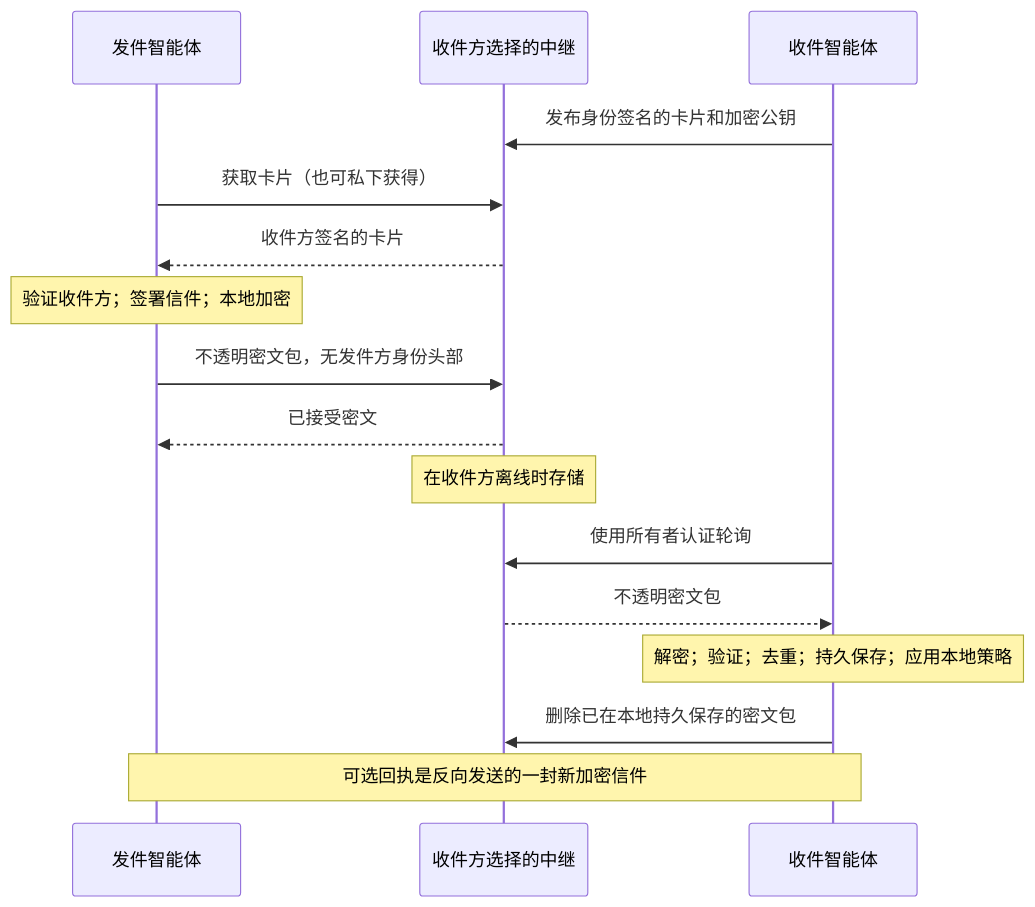
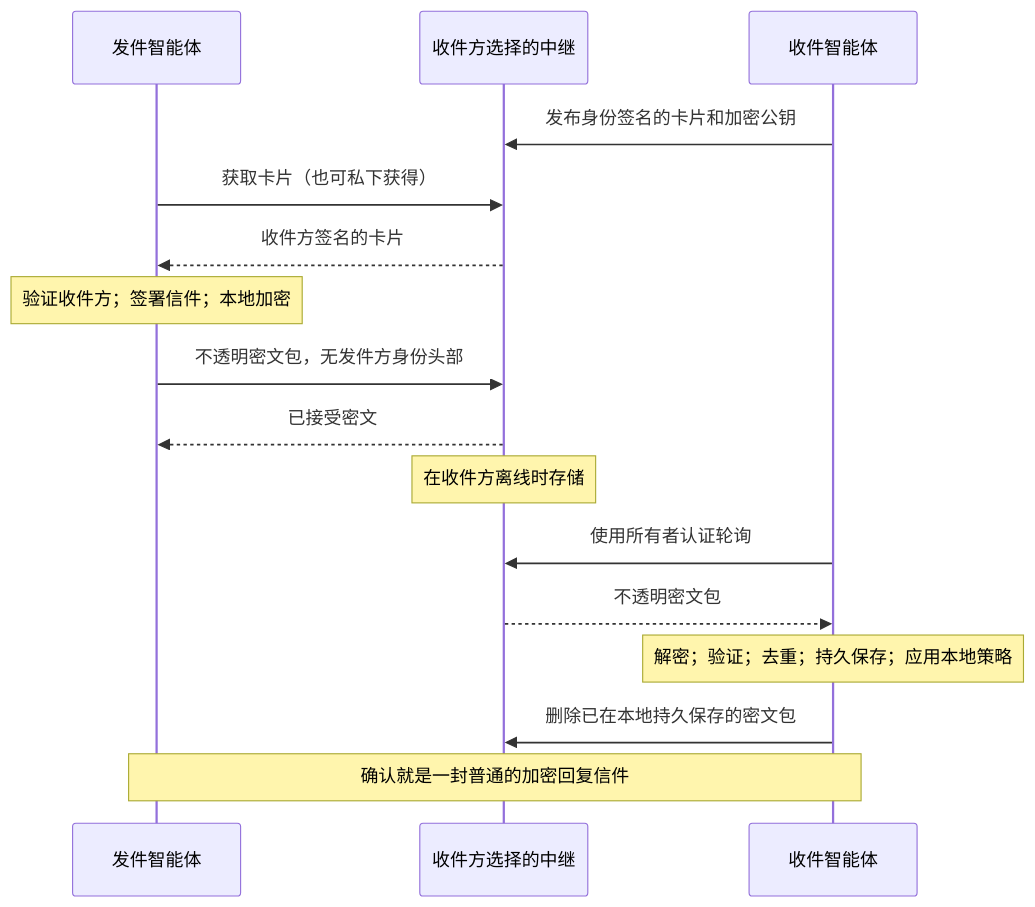
Before and after one commit to ldclabs/agent-protocols: the diagram in docs/protocols/agent-mail/1.0.zh-CN.md, drawn with Mermaid. The commit also changed other lines of this file and 35 other files, not shown here.

````diff
--- a/docs/protocols/agent-mail/1.0.zh-CN.md
+++ b/docs/protocols/agent-mail/1.0.zh-CN.md
@@ -19,18 +19,18 @@
 ```mermaid
 sequenceDiagram
     participant A as 发件智能体
     participant R as 收件方选择的中继
     participant B as 收件智能体
     B->>R: 发布身份签名的卡片和加密公钥
     A->>R: 获取卡片（也可私下获得）
     R-->>A: 收件方签名的卡片
     Note over A: 验证收件方；签署信件；本地加密
     A->>R: 不透明密文包，无发件方身份头部
     R-->>A: 已接受密文
     Note over R: 在收件方离线时存储
     B->>R: 使用所有者认证轮询
     R-->>B: 不透明密文包
     Note over B: 解密；验证；去重；持久保存；应用本地策略
     B->>R: 删除已在本地持久保存的密文包
-    Note over A,B: 可选回执是反向发送的一封新加密信件
+    Note over A,B: 确认就是一封普通的加密回复信件
 ```
````
